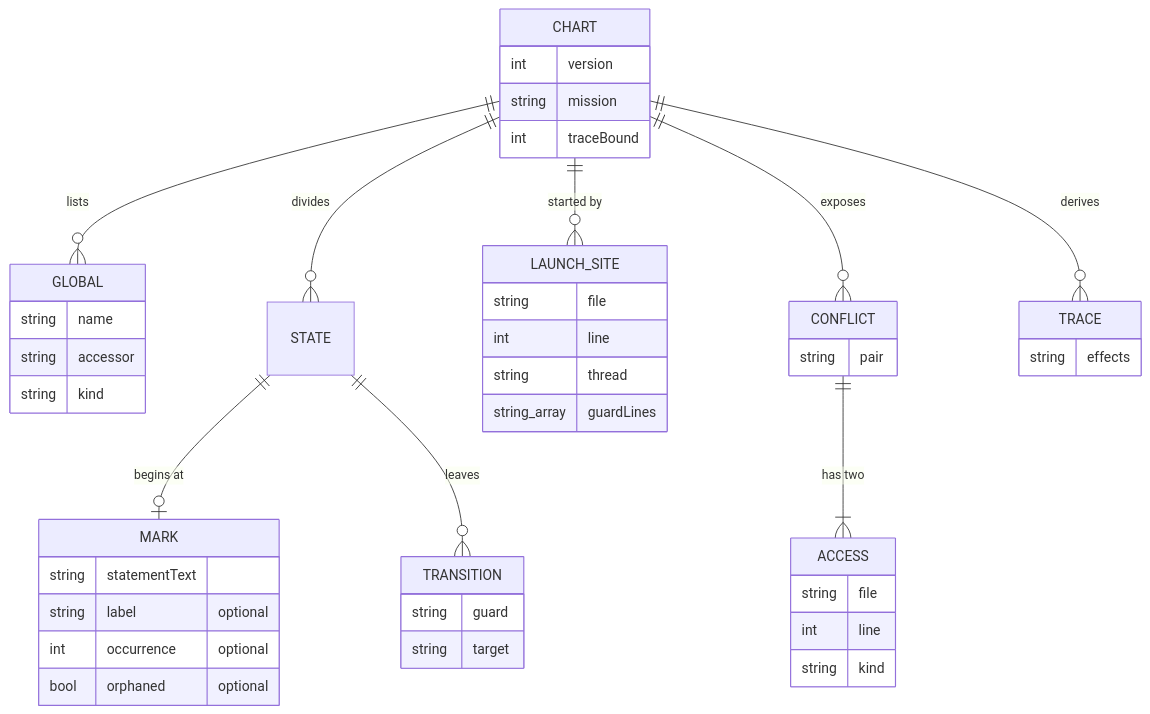
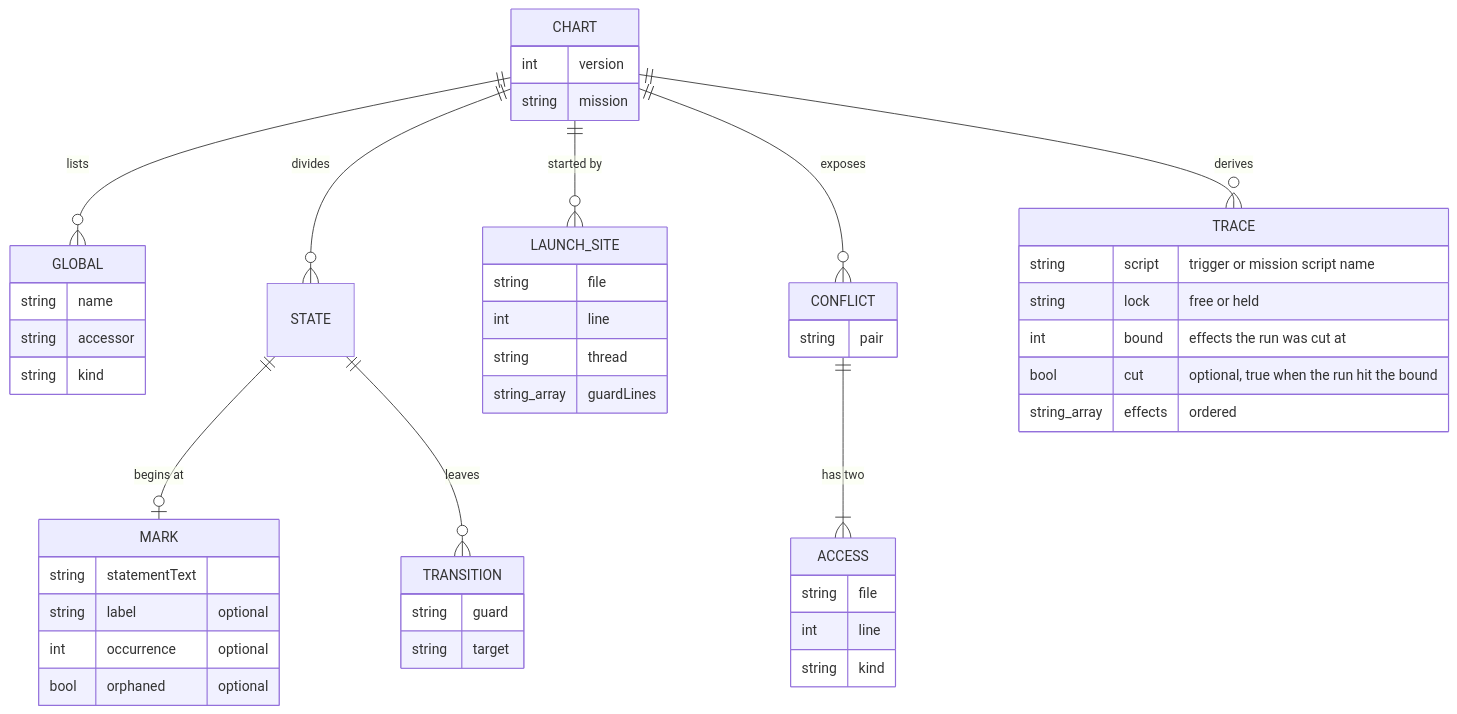
Before and after one commit to chances/eventide-chronicles: the second of 3 diagrams in .agents/plans/mission-baseline.md, drawn with Mermaid. The commit also changed other lines of this file and 17 other files, not shown here.

First line of the commit message:
Add launch sites and trigger traces to mission charts

````diff
--- a/.agents/plans/mission-baseline.md
+++ b/.agents/plans/mission-baseline.md
@@ -88,48 +88,51 @@
 ```mermaid
 erDiagram
     CHART ||--o{ GLOBAL : lists
     CHART ||--o{ STATE : divides
     CHART ||--o{ LAUNCH_SITE : "started by"
     CHART ||--o{ CONFLICT : exposes
     CHART ||--o{ TRACE : derives
     STATE ||--o| MARK : "begins at"
     STATE ||--o{ TRANSITION : leaves
     CONFLICT ||--|{ ACCESS : "has two"
     CHART {
         int version
         string mission
-        int traceBound
     }
     GLOBAL {
         string name
         string accessor
         string kind
     }
     MARK {
         string statementText
         string label "optional"
         int occurrence "optional"
         bool orphaned "optional"
     }
     TRANSITION {
         string guard
         string target
     }
     LAUNCH_SITE {
         string file
         int line
         string thread
         string_array guardLines
     }
     CONFLICT {
         string pair
     }
     ACCESS {
         string file
         int line
         string kind
     }
     TRACE {
-        string effects
+        string script "trigger or mission script name"
+        string lock "free or held"
+        int bound "effects the run was cut at"
+        bool cut "optional, true when the run hit the bound"
+        string_array effects "ordered"
     }
 ```
````
